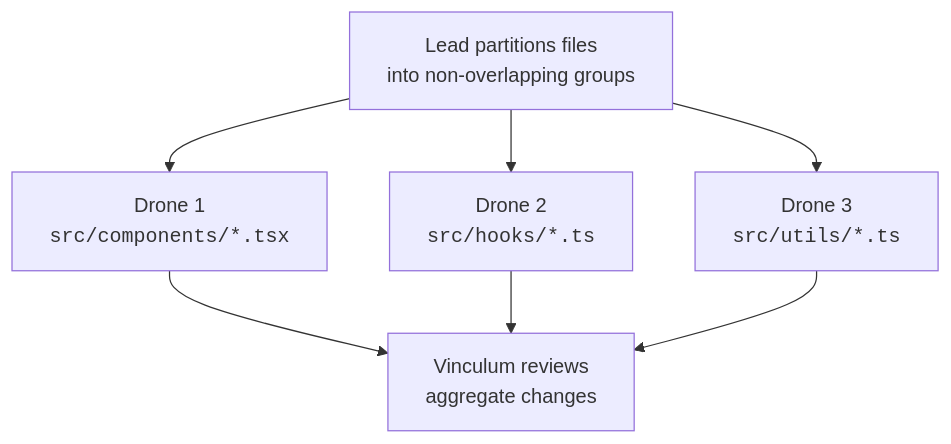
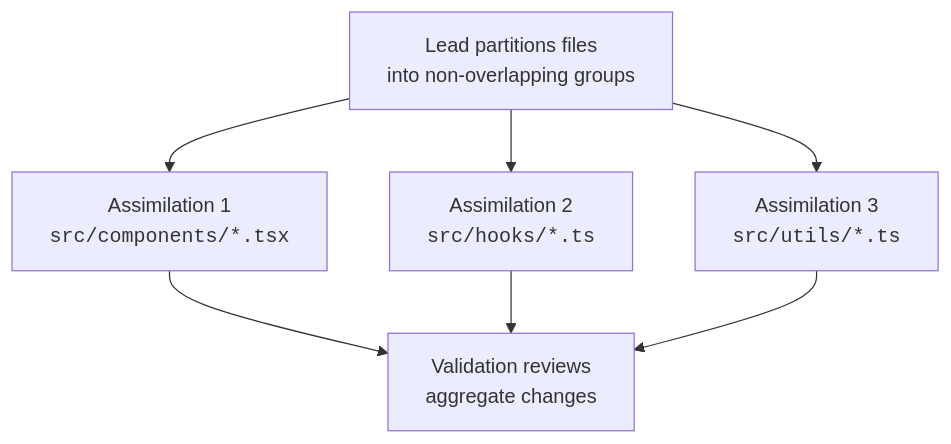
Before and after one commit to benediktms/unimatrix: the sixth of 10 diagrams in README.md, drawn with Mermaid. The commit also changed other lines of this file and 1 other file, not shown here.

````diff
--- a/README.md
+++ b/README.md
@@ -249,8 +292,8 @@
 ```mermaid
 flowchart TD
-    Lead["Lead partitions files<br/>into non-overlapping groups"] --> Drone1 & Drone2 & Drone3
-    Drone1["Drone 1<br/><code>src/components/*.tsx</code>"]
-    Drone2["Drone 2<br/><code>src/hooks/*.ts</code>"]
-    Drone3["Drone 3<br/><code>src/utils/*.ts</code>"]
-    Drone1 & Drone2 & Drone3 --> Review["Vinculum reviews<br/>aggregate changes"]
+    Lead["Lead partitions files<br/>into non-overlapping groups"] --> A1 & A2 & A3
+    A1["Assimilation 1<br/><code>src/components/*.tsx</code>"]
+    A2["Assimilation 2<br/><code>src/hooks/*.ts</code>"]
+    A3["Assimilation 3<br/><code>src/utils/*.ts</code>"]
+    A1 & A2 & A3 --> Review["Validation reviews<br/>aggregate changes"]
 ```
````
